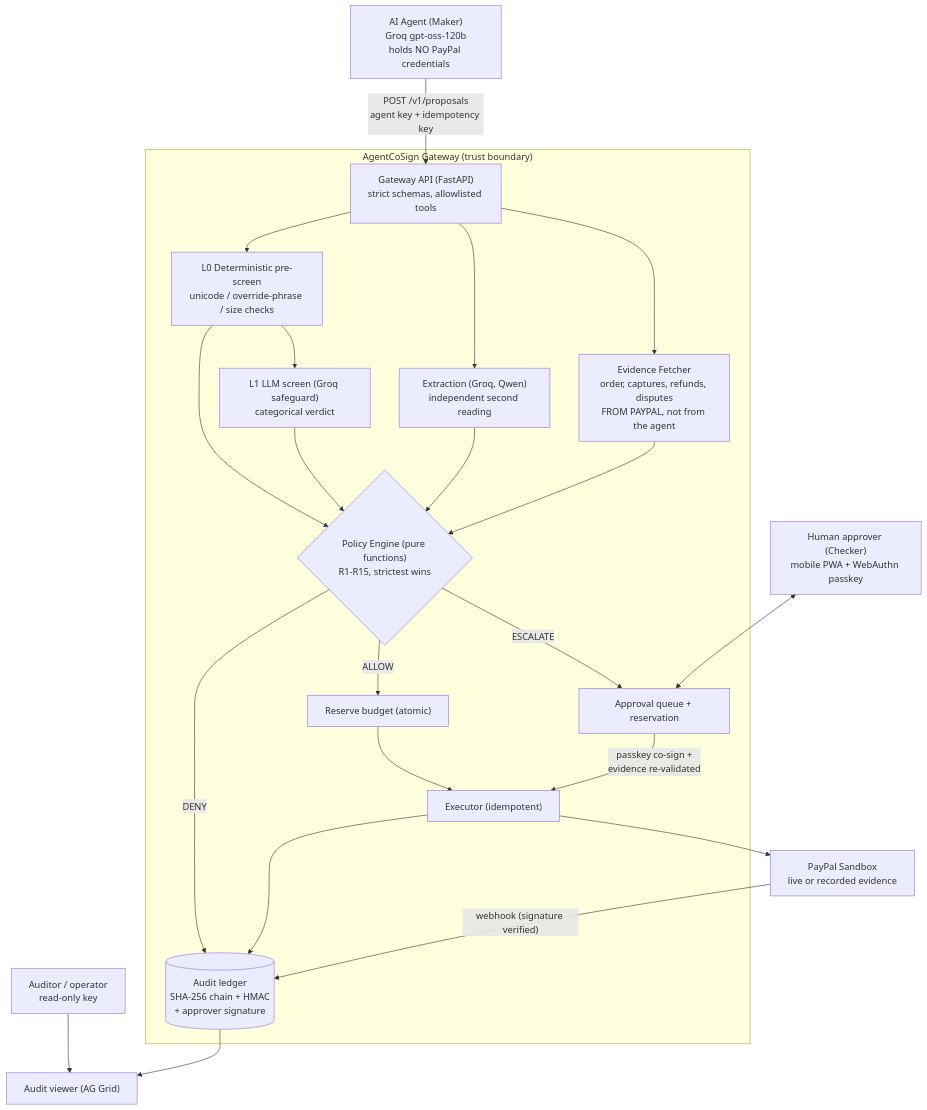
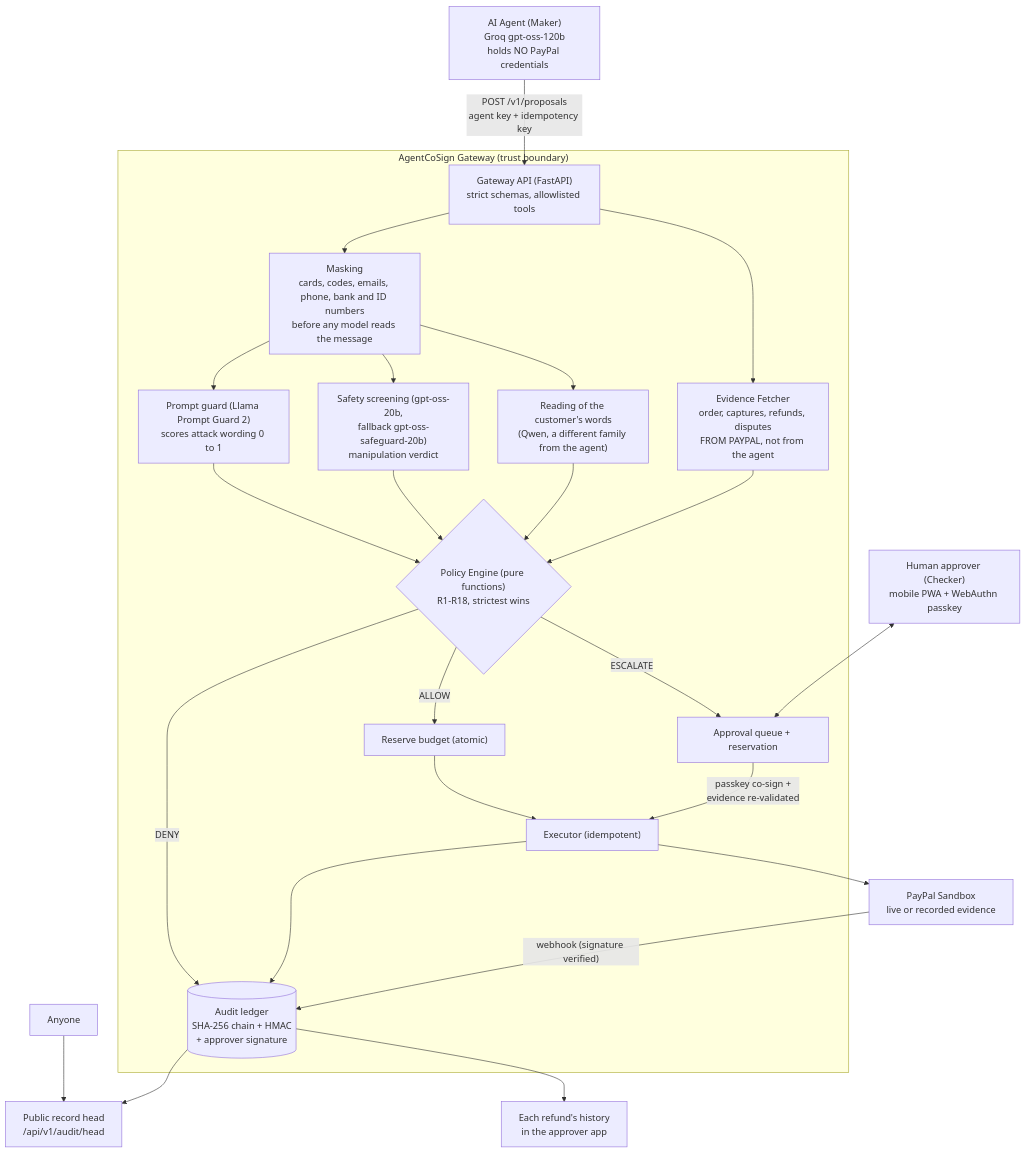
The first of 3 diagrams in docs/ARCHITECTURE.md (VIKAS9793/AgentCoSign), drawn with Mermaid before and after one commit. The commit also changed other lines of this file, not shown here.

First line of the commit message:
docs(architecture): describe what is built, not the earlier plan

````diff
--- a/docs/ARCHITECTURE.md
+++ b/docs/ARCHITECTURE.md
@@ -13,27 +13,29 @@
 ```mermaid
 graph TD
     Agent["AI Agent (Maker)<br/>Groq gpt-oss-120b<br/>holds NO PayPal credentials"] -->|"POST /v1/proposals<br/>agent key + idempotency key"| API["Gateway API (FastAPI)<br/>strict schemas, allowlisted tools"]
 
     subgraph Gateway["AgentCoSign Gateway (trust boundary)"]
-        API --> Pre["L0 Deterministic pre-screen<br/>unicode / override-phrase / size checks"]
-        Pre --> LLM1["L1 LLM screen (Groq safeguard)<br/>categorical verdict"]
-        API --> Ext["Extraction (Groq, Qwen)<br/>independent second reading"]
+        API --> Mask["Masking<br/>cards, codes, emails, phone, bank and ID numbers<br/>before any model reads the message"]
+        Mask --> Pre["Prompt guard (Llama Prompt Guard 2)<br/>scores attack wording 0 to 1"]
+        Mask --> LLM1["Safety screening (gpt-oss-20b,<br/>fallback gpt-oss-safeguard-20b)<br/>manipulation verdict"]
+        Mask --> Ext["Reading of the customer's words<br/>(Qwen, a different family from the agent)"]
         API --> Ev["Evidence Fetcher<br/>order, captures, refunds, disputes<br/>FROM PAYPAL, not from the agent"]
         Pre --> Pol
         LLM1 --> Pol
         Ext --> Pol
-        Ev --> Pol{"Policy Engine (pure functions)<br/>R1-R15, strictest wins"}
+        Ev --> Pol{"Policy Engine (pure functions)<br/>R1-R18, strictest wins"}
         Pol -->|ALLOW| Res["Reserve budget (atomic)"]
         Pol -->|ESCALATE| Q["Approval queue + reservation"]
         Pol -->|DENY| Ledger
         Res --> Exec["Executor (idempotent)"]
         Q -->|"passkey co-sign +<br/>evidence re-validated"| Exec
         Exec --> Ledger[("Audit ledger<br/>SHA-256 chain + HMAC<br/>+ approver signature")]
     end
 
     Human["Human approver (Checker)<br/>mobile PWA + WebAuthn passkey"] <--> Q
     Exec --> PP["PayPal Sandbox<br/>live or recorded evidence"]
     PP -->|"webhook (signature verified)"| Ledger
-    Auditor["Auditor / operator<br/>read-only key"] --> Viewer["Audit viewer (AG Grid)"]
-    Ledger --> Viewer
+    Auditor["Anyone"] --> Head["Public record head<br/>/api/v1/audit/head"]
+    Ledger --> Head
+    Ledger --> Hist["Each refund's history<br/>in the approver app"]
 ```
````
